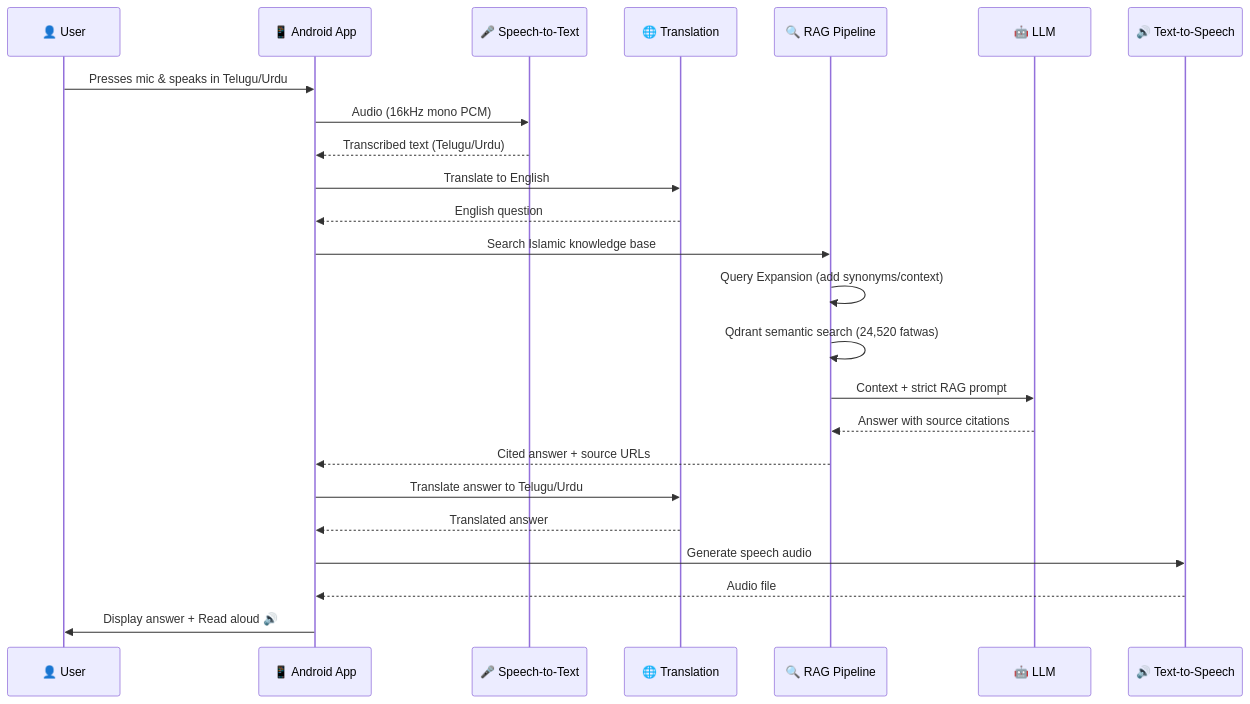
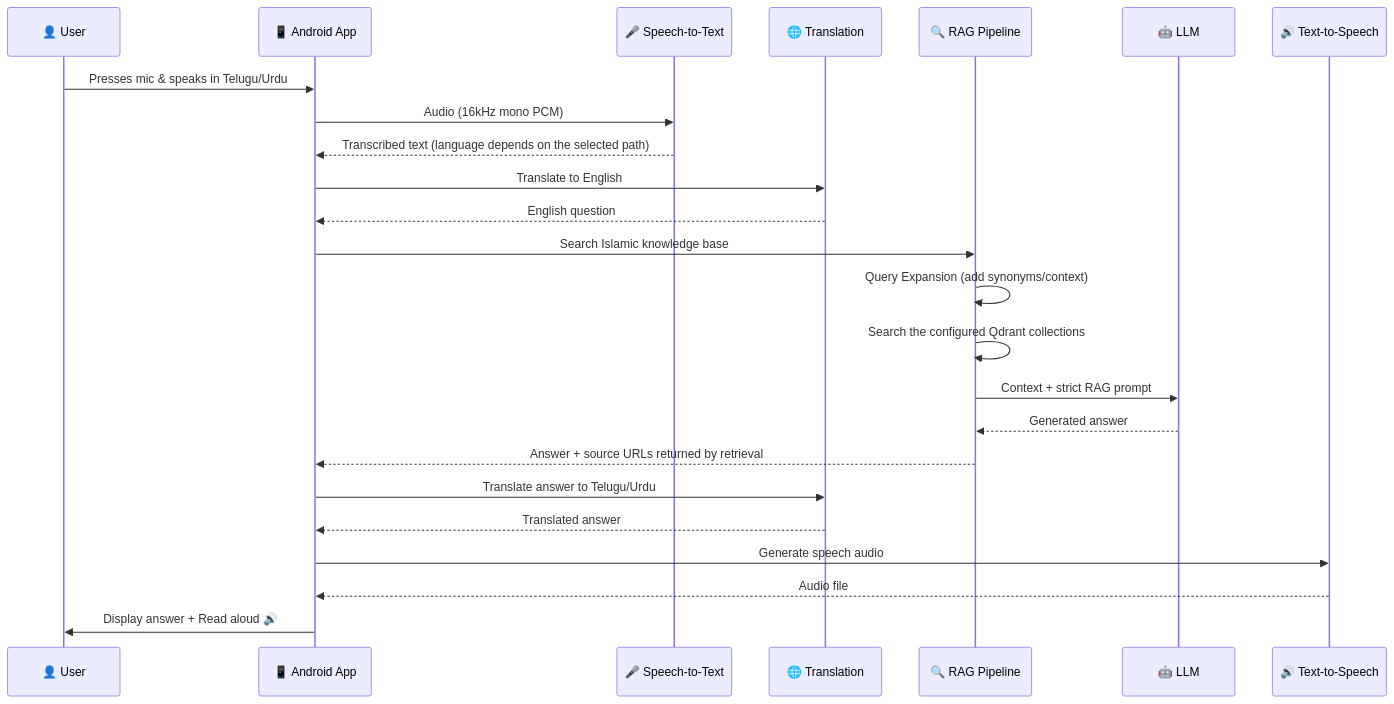
Before and after one commit to IslamicITHub/rushdul-ilm: the diagram in README.md, drawn with Mermaid. The commit also changed other lines of this file and 22 other files, not shown here.

````diff
--- a/README.md
+++ b/README.md
@@ -95,27 +95,27 @@
 ```mermaid
 sequenceDiagram
     participant U as 👤 User
     participant App as 📱 Android App
     participant STT as 🎤 Speech-to-Text
     participant Trans as 🌐 Translation
     participant RAG as 🔍 RAG Pipeline
     participant LLM as 🤖 LLM
     participant TTS as 🔊 Text-to-Speech
 
     U->>App: Presses mic & speaks in Telugu/Urdu
     App->>STT: Audio (16kHz mono PCM)
-    STT-->>App: Transcribed text (Telugu/Urdu)
+    STT-->>App: Transcribed text (language depends on the selected path)
     App->>Trans: Translate to English
     Trans-->>App: English question
     App->>RAG: Search Islamic knowledge base
     RAG->>RAG: Query Expansion (add synonyms/context)
-    RAG->>RAG: Qdrant semantic search (24,520 fatwas)
+    RAG->>RAG: Search the configured Qdrant collections
     RAG->>LLM: Context + strict RAG prompt
-    LLM-->>RAG: Answer with source citations
-    RAG-->>App: Cited answer + source URLs
+    LLM-->>RAG: Generated answer
+    RAG-->>App: Answer + source URLs returned by retrieval
     App->>Trans: Translate answer to Telugu/Urdu
     Trans-->>App: Translated answer
     App->>TTS: Generate speech audio
     TTS-->>App: Audio file
     App->>U: Display answer + Read aloud 🔊
 ```
````
